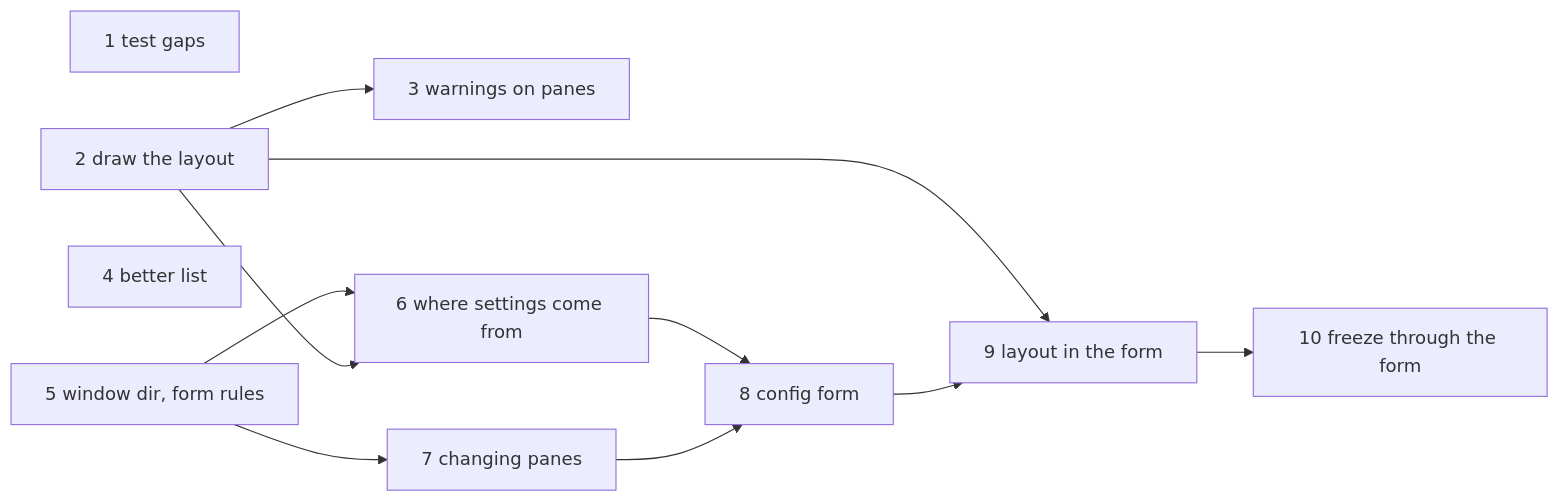
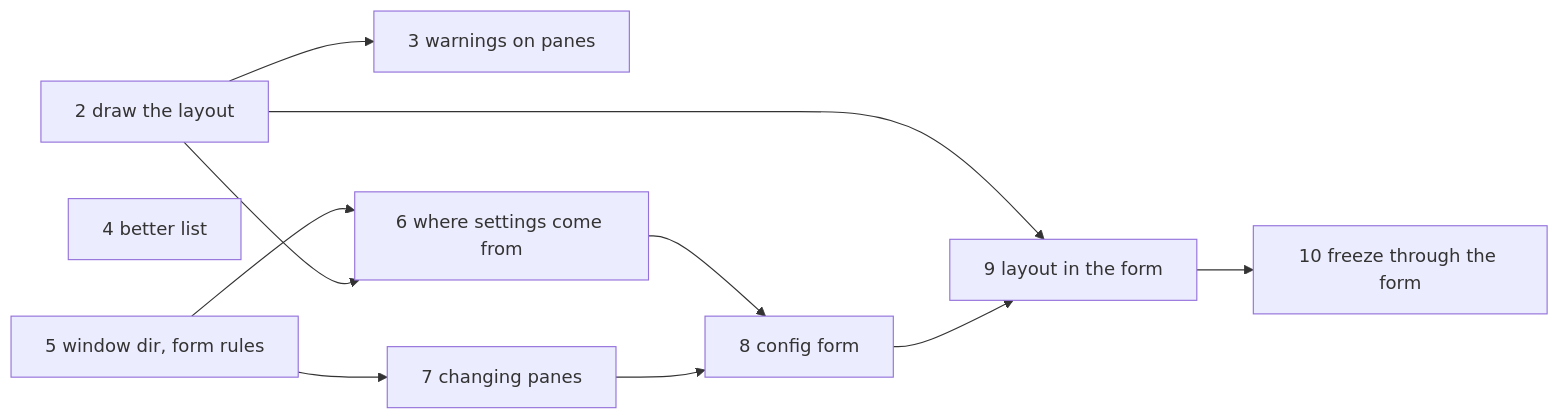
Before and after one commit to medilies/weaver: the diagram in docs/backlog.md, drawn with Mermaid. The commit also changed other lines of this file and 4 other files, not shown here.

First line of the commit message:
test(session): close the test gaps in the backlog

````diff
--- a/docs/backlog.md
+++ b/docs/backlog.md
@@ -47,13 +46,12 @@
 ```mermaid
 flowchart LR
-    T1[1 test gaps]
     T2[2 draw the layout] --> T3[3 warnings on panes]
     T2 --> T6[6 where settings come from]
     T4[4 better list]
     T5[5 window dir, form rules] --> T6
     T5 --> T7[7 changing panes]
     T7 --> T8[8 config form]
     T6 --> T8
     T8 --> T9[9 layout in the form] --> T10[10 freeze through the form]
     T2 --> T9
 ```
````
